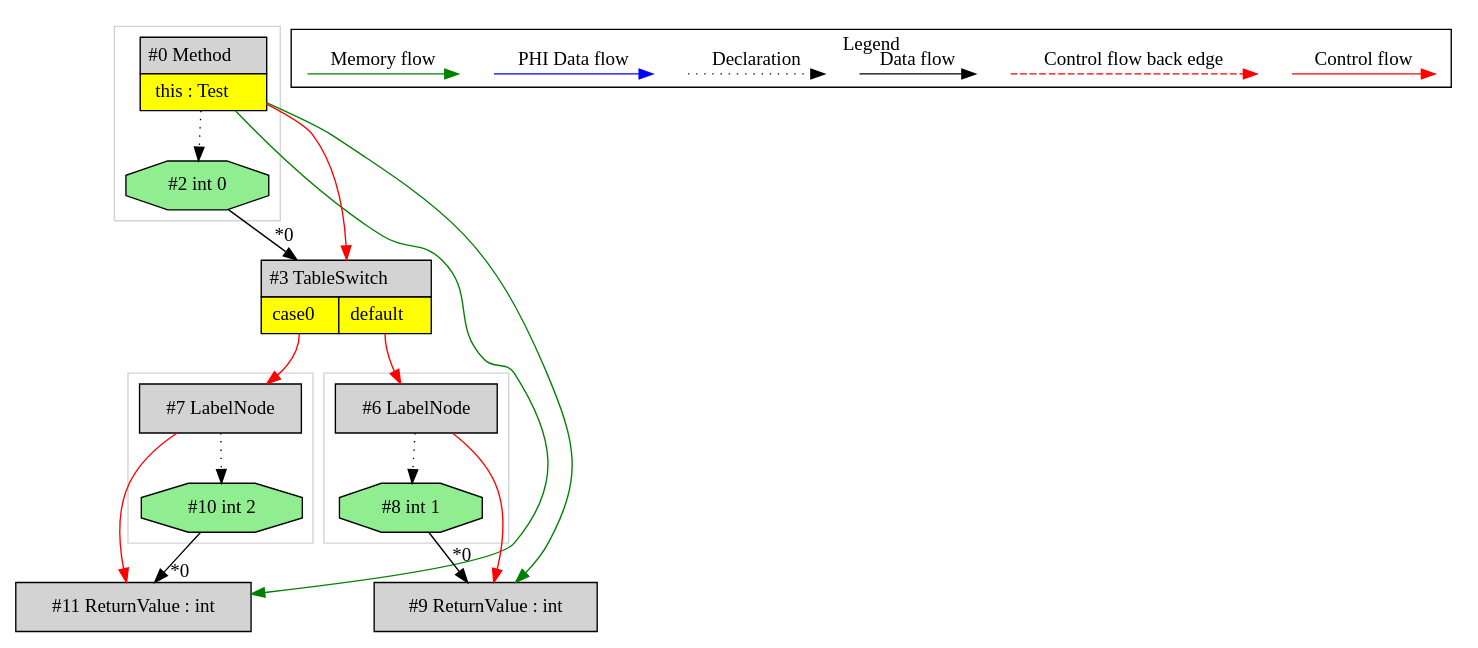
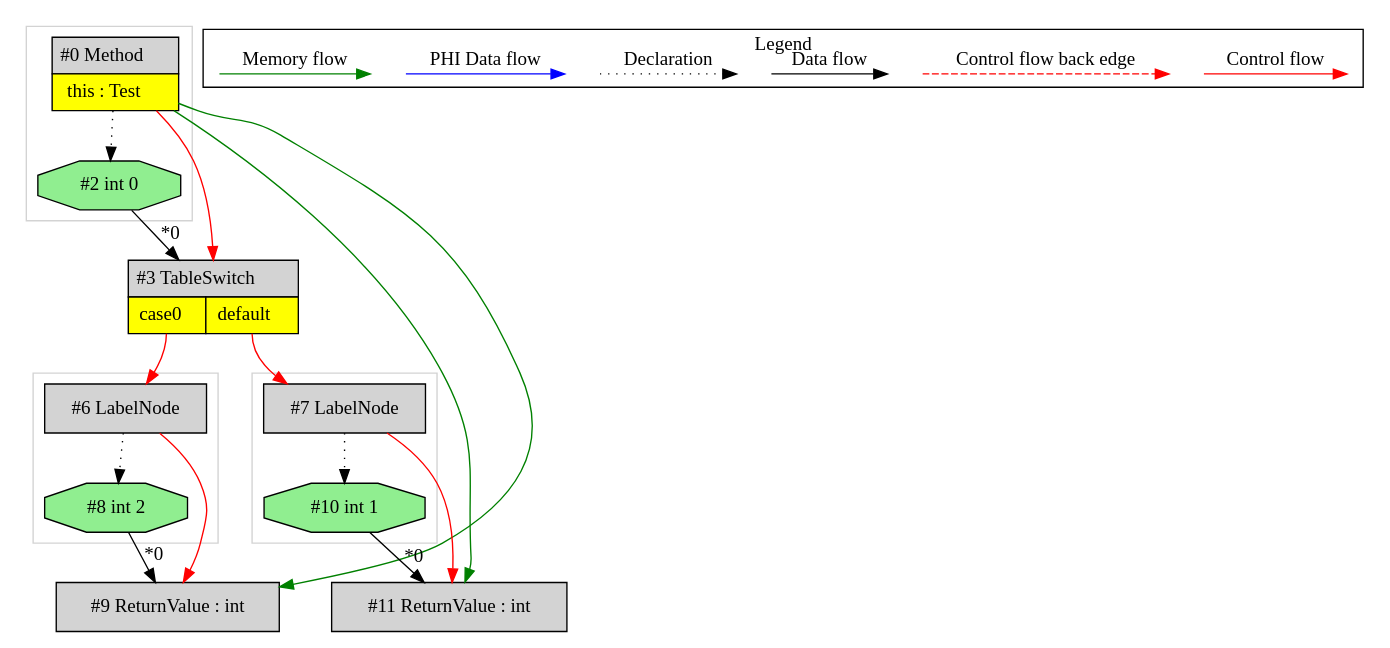
The diagram in de.mirkosertic.metair.ir.OpcodeTABLESWITCHTest/test_TABLESWITCH/ir.dot (mirkosertic/MetaIR), drawn with Graphviz before and after one commit. The commit also changed 726 other files, not shown here.

```diff
--- a/de.mirkosertic.metair.ir.OpcodeTABLESWITCHTest/test_TABLESWITCH/ir.dot
+++ b/de.mirkosertic.metair.ir.OpcodeTABLESWITCHTest/test_TABLESWITCH/ir.dot
@@ -1,66 +1,66 @@
 digraph {
  ordering="in";
  node0[margin="0", label=<<table border="0" cellborder="1" cellspacing="0" cellpadding="5"><tr><td colspan="1">#0 Method</td></tr><tr><td port="prj1" bgcolor="yellow">this : Test</td></tr></table>>,shape=none, fillcolor=lightgrey, style=filled];
+ node3[margin="0", label=<<table border="0" cellborder="1" cellspacing="0" cellpadding="5"><tr><td colspan="2">#3 TableSwitch</td></tr><tr><td port="prj4" bgcolor="yellow">case0</td><td port="prj5" bgcolor="yellow">default</td></tr></table>>,shape=none, fillcolor=lightgrey, style=filled];
+ node2 -> node3[headlabel="*0", labeldistance=2];
+ node0 -> node3[labeldistance=2, color=red, fontcolor=red];
+ node2[label="#2 int 0",shape=octagon, fillcolor=lightgreen, style=filled];
+ node0 -> node2[style=dotted];
+ node7[label="#7 LabelNode",shape=box, fillcolor=lightgrey, style=filled];
+ node3:prj5 -> node7[labeldistance=2, color=red, fontcolor=red];
  node11[label="#11 ReturnValue : int",shape=box, fillcolor=lightgrey, style=filled];
  node10 -> node11[headlabel="*0", labeldistance=2];
  node7 -> node11[labeldistance=2, color=red, fontcolor=red];
  node0 -> node11[labeldistance=2, color=green, constraint=false];
- node7[label="#7 LabelNode",shape=box, fillcolor=lightgrey, style=filled];
- node3:prj5 -> node7[labeldistance=2, color=red, fontcolor=red];
- node3[margin="0", label=<<table border="0" cellborder="1" cellspacing="0" cellpadding="5"><tr><td colspan="2">#3 TableSwitch</td></tr><tr><td port="prj5" bgcolor="yellow">case0</td><td port="prj4" bgcolor="yellow">default</td></tr></table>>,shape=none, fillcolor=lightgrey, style=filled];
- node2 -> node3[headlabel="*0", labeldistance=2];
- node0 -> node3[labeldistance=2, color=red, fontcolor=red];
- node2[label="#2 int 0",shape=octagon, fillcolor=lightgreen, style=filled];
- node0 -> node2[style=dotted];
+ node10[label="#10 int 1",shape=octagon, fillcolor=lightgreen, style=filled];
+ node7 -> node10[style=dotted];
  node6[label="#6 LabelNode",shape=box, fillcolor=lightgrey, style=filled];
  node3:prj4 -> node6[labeldistance=2, color=red, fontcolor=red];
+ node8[label="#8 int 2",shape=octagon, fillcolor=lightgreen, style=filled];
+ node6 -> node8[style=dotted];
  node9[label="#9 ReturnValue : int",shape=box, fillcolor=lightgrey, style=filled];
  node8 -> node9[headlabel="*0", labeldistance=2];
  node6 -> node9[labeldistance=2, color=red, fontcolor=red];
  node0 -> node9[labeldistance=2, color=green, constraint=false];
- node8[label="#8 int 1",shape=octagon, fillcolor=lightgreen, style=filled];
- node6 -> node8[style=dotted];
- node10[label="#10 int 2",shape=octagon, fillcolor=lightgreen, style=filled];
- node7 -> node10[style=dotted];
  subgraph cluster_0 {
   color=lightgray;
   node7;
   node10;
  }
  subgraph cluster_1 {
   color=lightgray;
-  node0;
-  node2;
+  node6;
+  node8;
  }
  subgraph cluster_2 {
   color=lightgray;
-  node6;
-  node8;
+  node0;
+  node2;
  }
  subgraph cluster_000 {
   label = "Legend";
   node [shape=point]
   {
    rank=same;
    c0 [style = invis];
    c1 [style = invis];
    c2 [style = invis];
    c3 [style = invis];
    d0 [style = invis];
    d1 [style = invis];
    d2 [style = invis];
    d3 [style = invis];
    d4 [style = invis];
    d5 [style = invis];
    d6 [style = invis];
    d7 [style = invis];
   }
   c0 -> c1 [label="Control flow", style=solid, color=red]
   c2 -> c3 [label="Control flow back edge", style=dashed, color=red]
   d0 -> d1 [label="Data flow"]
   d2 -> d3 [label="Declaration", style=dotted]
   d4 -> d5 [label="PHI Data flow", color=blue]
   d6 -> d7 [label="Memory flow", color=green]
  }
 
 }
```
